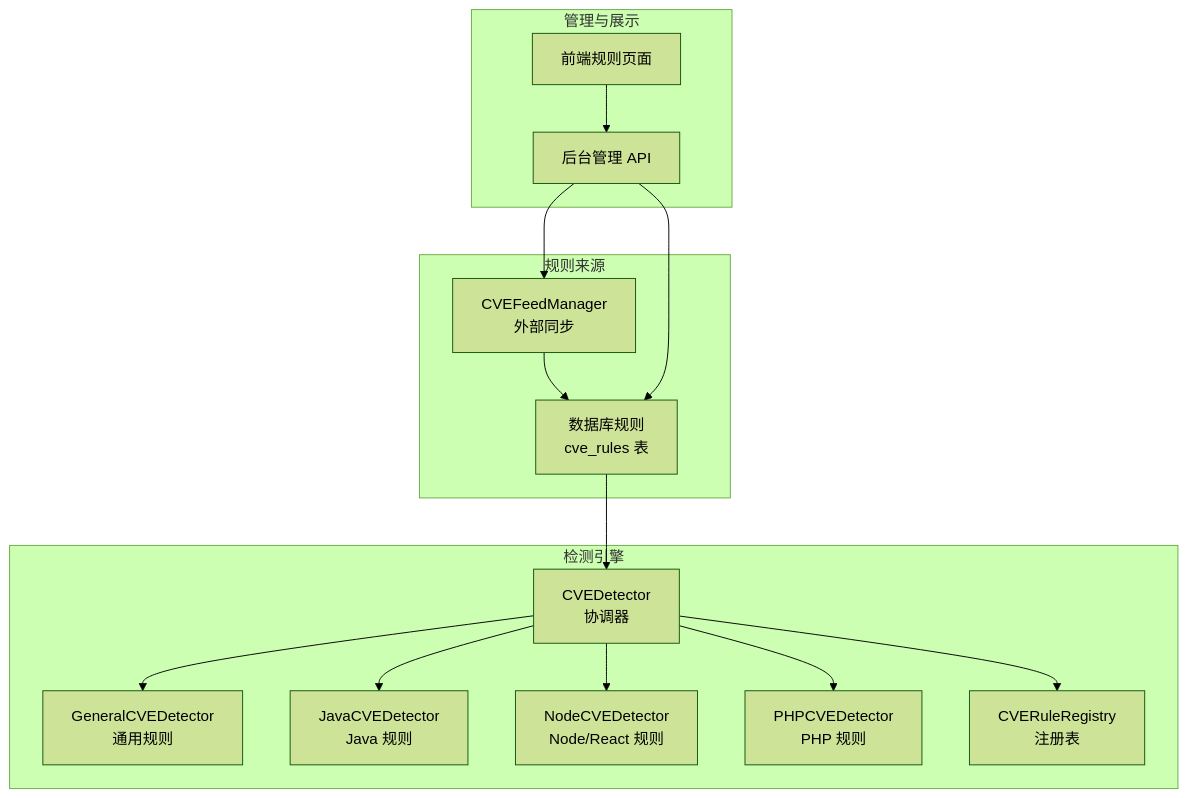
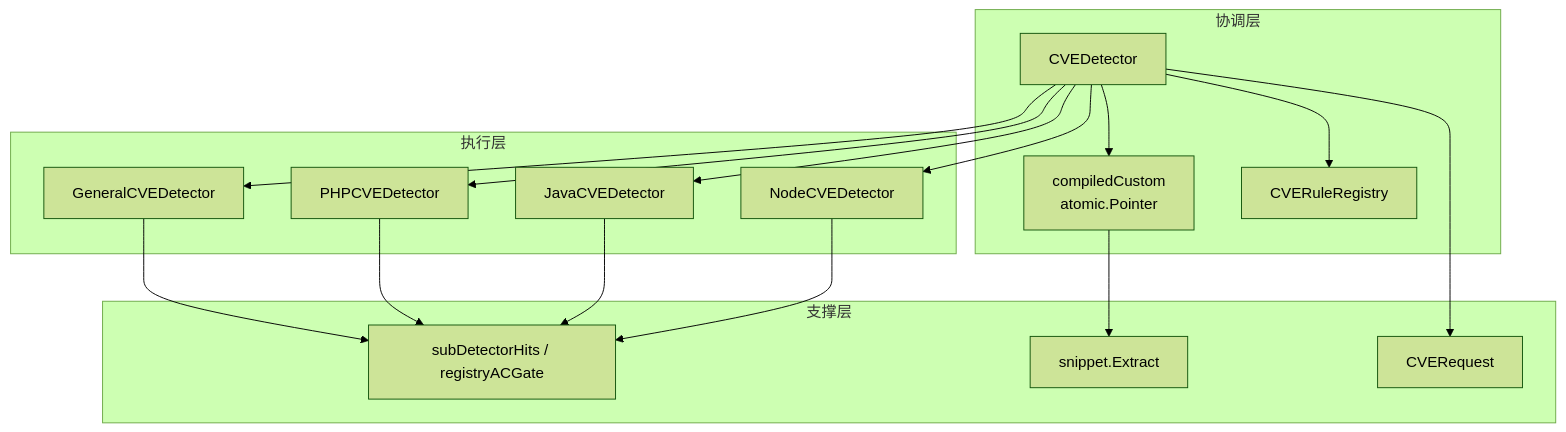
One commit to x01n/My-OpenWaf changed the first of 5 diagrams in docs/安全防护功能/CVE 漏洞检测/CVE 检测器架构.md. Above: the diagram before and after it, drawn with Mermaid (forest theme). The commit also changed other lines of this file and 622 other files, not shown here.

````diff
--- a/docs/安全防护功能/CVE 漏洞检测/CVE 检测器架构.md
+++ b/docs/安全防护功能/CVE 漏洞检测/CVE 检测器架构.md
@@ -38,29 +50,31 @@
 ```mermaid
 graph TB
-subgraph "检测引擎"
-D["CVEDetector<br/>协调器"]
-G["GeneralCVEDetector<br/>通用规则"]
-J["JavaCVEDetector<br/>Java 规则"]
-N["NodeCVEDetector<br/>Node/React 规则"]
-P["PHPCVEDetector<br/>PHP 规则"]
-R["CVERuleRegistry<br/>注册表"]
+subgraph "协调层"
+CD["CVEDetector"]
+REG["CVERuleRegistry"]
+CUSTOM["compiledCustom<br/>atomic.Pointer"]
 end
-subgraph "规则来源"
-F["CVEFeedManager<br/>外部同步"]
-DB["数据库规则<br/>cve_rules 表"]
+subgraph "执行层"
+G["GeneralCVEDetector"]
+P["PHPCVEDetector"]
+J["JavaCVEDetector"]
+N["NodeCVEDetector"]
 end
-subgraph "管理与展示"
-A["后台管理 API"]
-V["前端规则页面"]
+subgraph "支撑层"
+REQ["CVERequest"]
+ACG["subDetectorHits / registryACGate"]
+SN["snippet.Extract"]
 end
-D --> G
-D --> J
-D --> N
-D --> P
-D --> R
-F --> DB
-DB --> D
-A --> F
-A --> DB
-V --> A
+CD --> G
+CD --> P
+CD --> J
+CD --> N
+CD --> CUSTOM
+CD --> REG
+CD --> REQ
+G --> ACG
+P --> ACG
+J --> ACG
+N --> ACG
+CUSTOM --> SN
 ```
````
